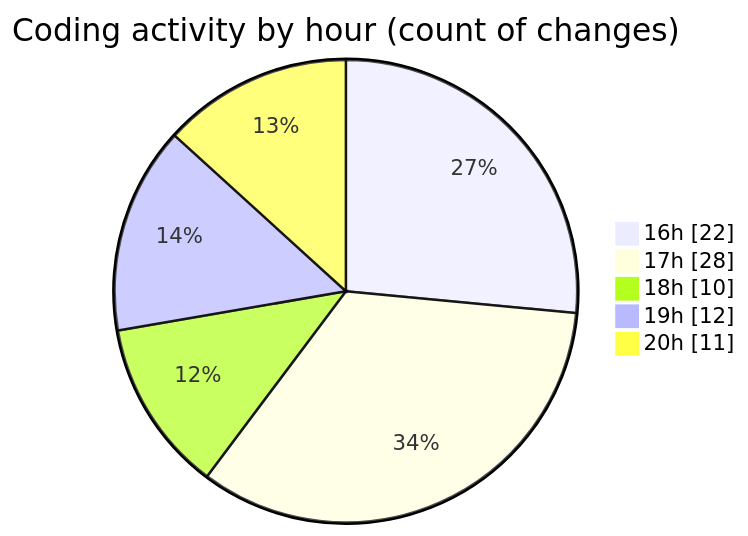
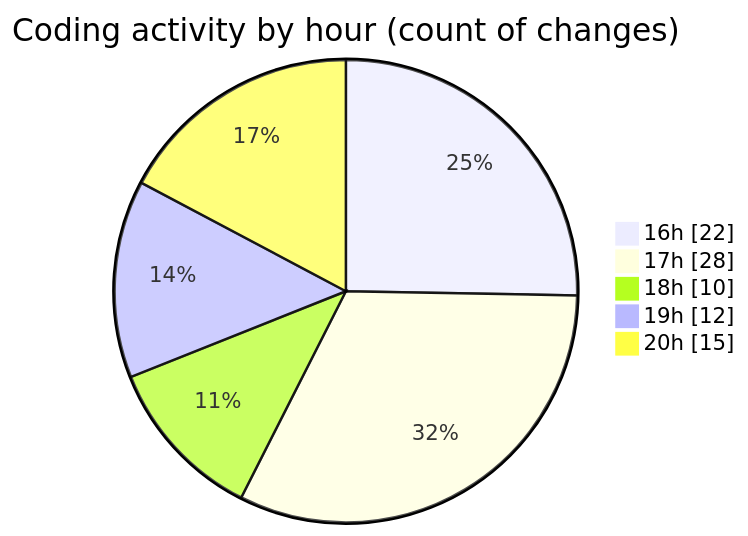
The second of 2 diagrams in 2026-02-17/bot_v1_2/README.md (becaeroporto-bot/code-tracking), drawn with Mermaid before and after one commit. The commit also changed other lines of this file and 1 other file, not shown here.

````diff
--- a/2026-02-17/bot_v1_2/README.md
+++ b/2026-02-17/bot_v1_2/README.md
@@ -52,9 +52,9 @@
 ```mermaid
 pie showData
 title Coding activity by hour (count of changes)
 "16h" : 22
 "17h" : 28
 "18h" : 10
 "19h" : 12
-"20h" : 11
+"20h" : 15
 ```
````
